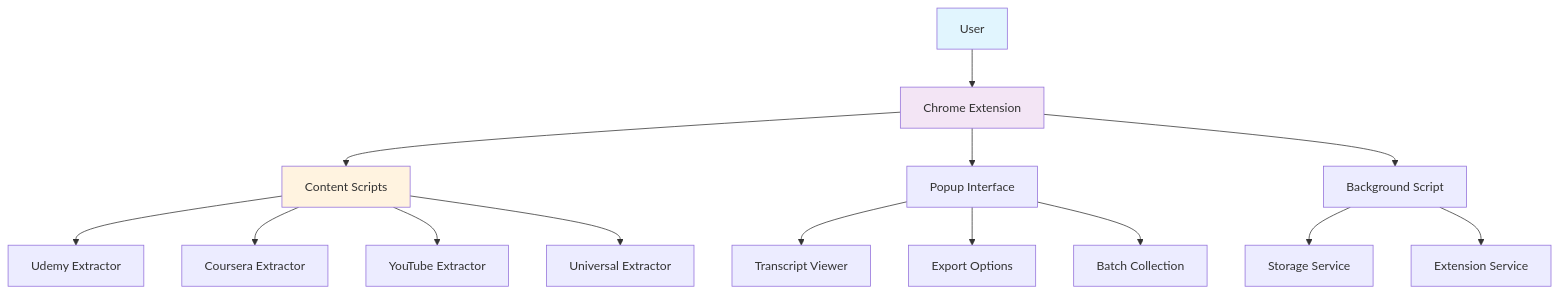
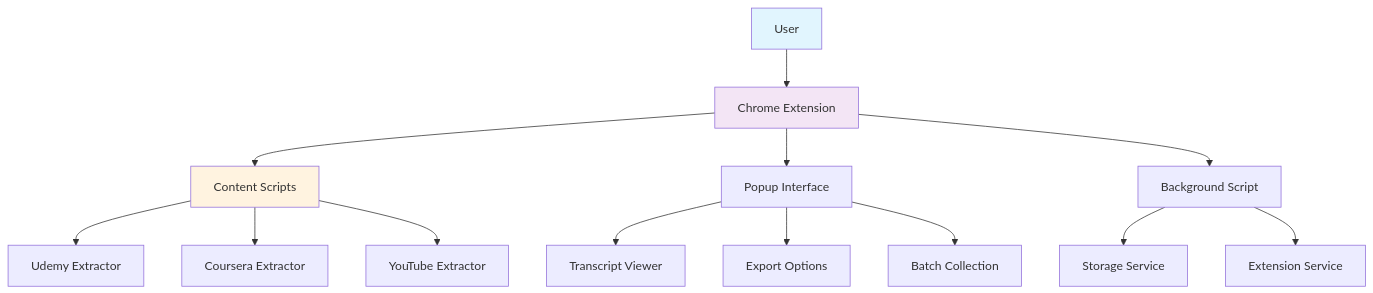
Before and after one commit to pras-ops/udemy-transcript-extractor: the first of 2 diagrams in README.md, drawn with Mermaid. The commit also changed other lines of this file and 78 other files, not shown here.

````diff
--- a/README.md
+++ b/README.md
@@ -43,23 +46,22 @@
 ```mermaid
 graph TB
     A[User] --> B[Chrome Extension]
     B --> C[Content Scripts]
     B --> D[Popup Interface]
     B --> E[Background Script]
     
     C --> F[Udemy Extractor]
     C --> G[Coursera Extractor]
     C --> H[YouTube Extractor]
-    C --> N[Universal Extractor]
     
     D --> I[Transcript Viewer]
     D --> J[Export Options]
     D --> K[Batch Collection]
     
     E --> L[Storage Service]
     E --> M[Extension Service]
     
     style A fill:#e1f5fe
     style B fill:#f3e5f5
     style C fill:#fff3e0
 ```
````
